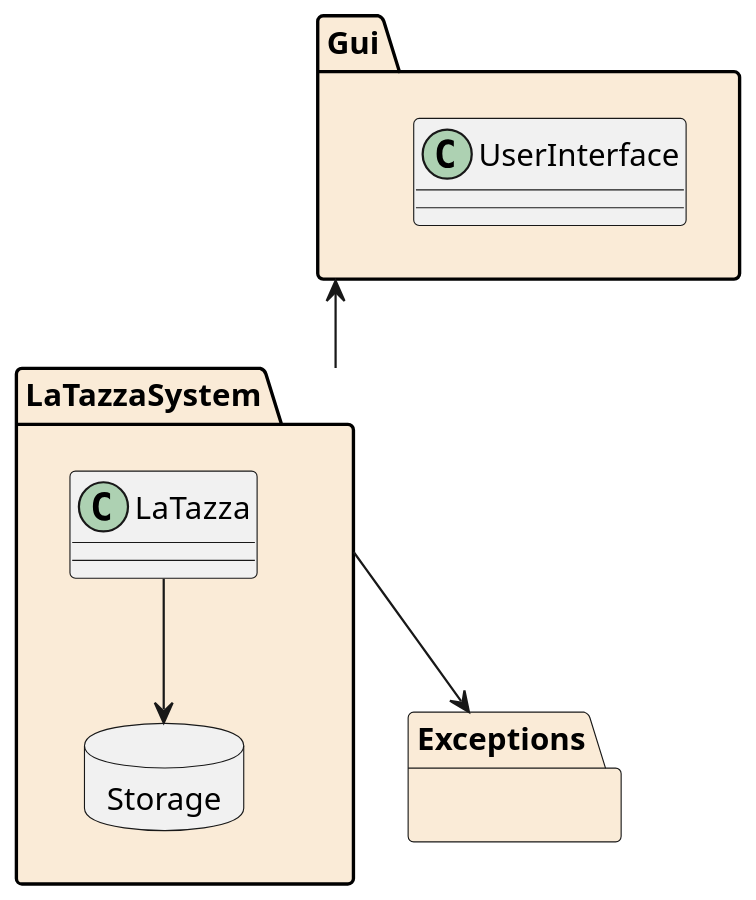
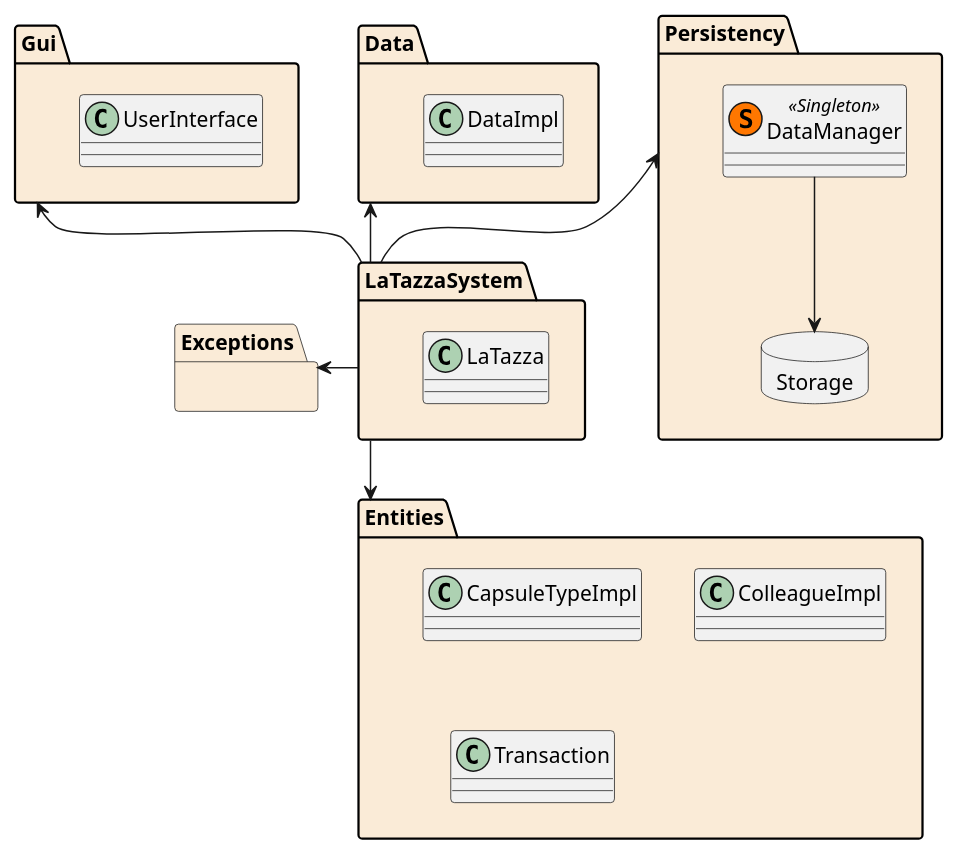
The first of 3 diagrams in DesignDocument.md (s41m0n/LaTazza), drawn with PlantUML before and after one commit. The commit also changed other lines of this file, not shown here.

Commit message:
Added classDiagram note and updated packageDiagram

````diff
--- a/DesignDocument.md
+++ b/DesignDocument.md
@@ -18,27 +18,39 @@
 ``` plantuml
 @startuml
-scale 500 width
-
 skinparam PackageBackgroundColor AntiqueWhite
 
-package "Gui" as g{
+package "Gui" {
   class UserInterface
 }
 
-package "LaTazzaSystem"  as lts{
+package "LaTazzaSystem" {
   class LaTazza
+}
 
-  package "Storage" as s <<Database>> {
-
+package "Persistency" {
+  class DataManager << (S,#FF7700) Singleton >>
+  
+  package "Storage" <<Database>> {
   }
 }
 
-package "Exceptions" as e {
+package "Exceptions" {}
+
+package "Entities" {
+  class CapsuleTypeImpl
+  class ColleagueImpl
+  class Transaction
 }
 
+package "Data" {
+  class DataImpl
+}
 
-g <-- lts
-LaTazza --> s
-lts --> e
+Gui <-- LaTazzaSystem
+Data <-- LaTazzaSystem
+Exceptions <- LaTazzaSystem
+LaTazzaSystem --> Entities
+Persistency <-- LaTazzaSystem
+DataManager --> Storage
 @enduml
 ```
````
